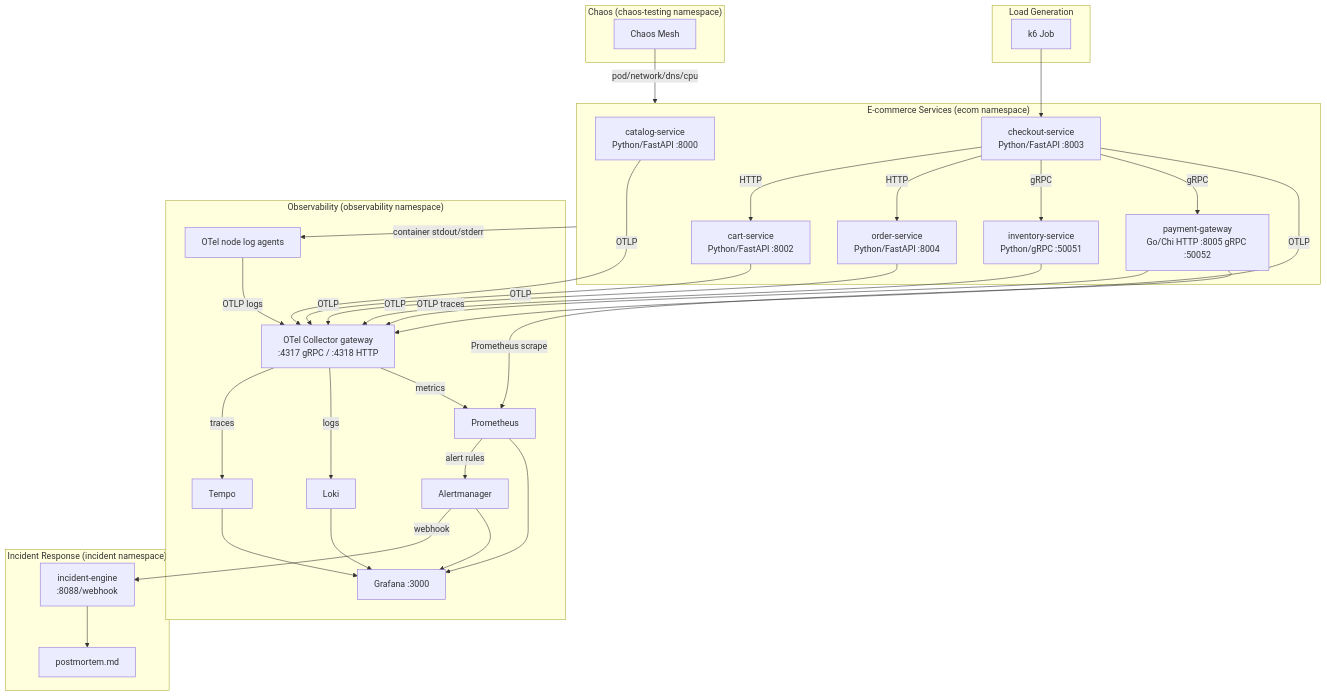
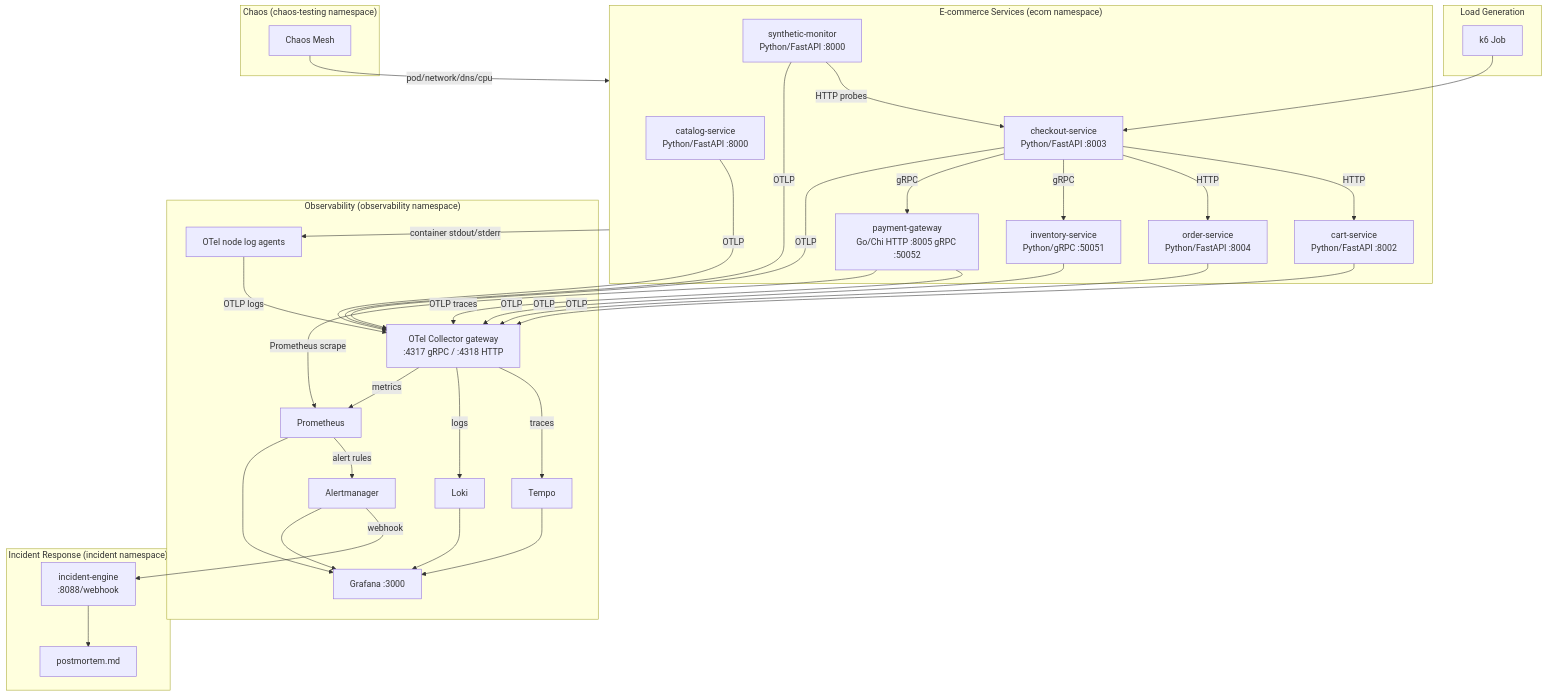
The diagram in docs/ARCHITECTURE.md (meillaya/flow-qs), drawn with Mermaid before and after one commit. The commit also changed other lines of this file and 18 other files, not shown here.

````diff
--- a/docs/ARCHITECTURE.md
+++ b/docs/ARCHITECTURE.md
@@ -7,66 +7,69 @@
 ```mermaid
 graph TB
     subgraph Load["Load Generation"]
         k6[k6 Job]
     end
 
     subgraph Services["E-commerce Services (ecom namespace)"]
         catalog[catalog-service<br/>Python/FastAPI :8000]
         inventory[inventory-service<br/>Python/gRPC :50051]
         cart[cart-service<br/>Python/FastAPI :8002]
         checkout[checkout-service<br/>Python/FastAPI :8003]
         order[order-service<br/>Python/FastAPI :8004]
         payment[payment-gateway<br/>Go/Chi HTTP :8005 gRPC :50052]
+        synthetic[synthetic-monitor<br/>Python/FastAPI :8000]
     end
 
     subgraph Observability["Observability (observability namespace)"]
         otel[OTel Collector gateway<br/>:4317 gRPC / :4318 HTTP]
         agents[OTel node log agents]
         tempo[Tempo]
         loki[Loki]
         prom[Prometheus]
         am[Alertmanager]
         grafana[Grafana :3000]
     end
 
     subgraph Response["Incident Response (incident namespace)"]
         engine[incident-engine<br/>:8088/webhook]
         postmortem[postmortem.md]
     end
 
     subgraph Chaos["Chaos (chaos-testing namespace)"]
         chaos[Chaos Mesh]
     end
 
     k6 --> checkout
     checkout -->|HTTP| cart
     checkout -->|HTTP| order
     checkout -->|gRPC| inventory
     checkout -->|gRPC| payment
 
     catalog -->|OTLP| otel
     inventory -->|OTLP| otel
     cart -->|OTLP| otel
     checkout -->|OTLP| otel
     order -->|OTLP| otel
     payment -->|OTLP traces| otel
     payment -->|Prometheus scrape| prom
+    synthetic -->|HTTP probes| checkout
+    synthetic -->|OTLP| otel
 
     Services -->|container stdout/stderr| agents
     agents -->|OTLP logs| otel
 
     otel -->|traces| tempo
     otel -->|logs| loki
     otel -->|metrics| prom
 
     prom -->|alert rules| am
     am -->|webhook| engine
     engine --> postmortem
 
     tempo --> grafana
     loki --> grafana
     prom --> grafana
     am --> grafana
 
     chaos -->|pod/network/dns/cpu| Services
 ```
````
